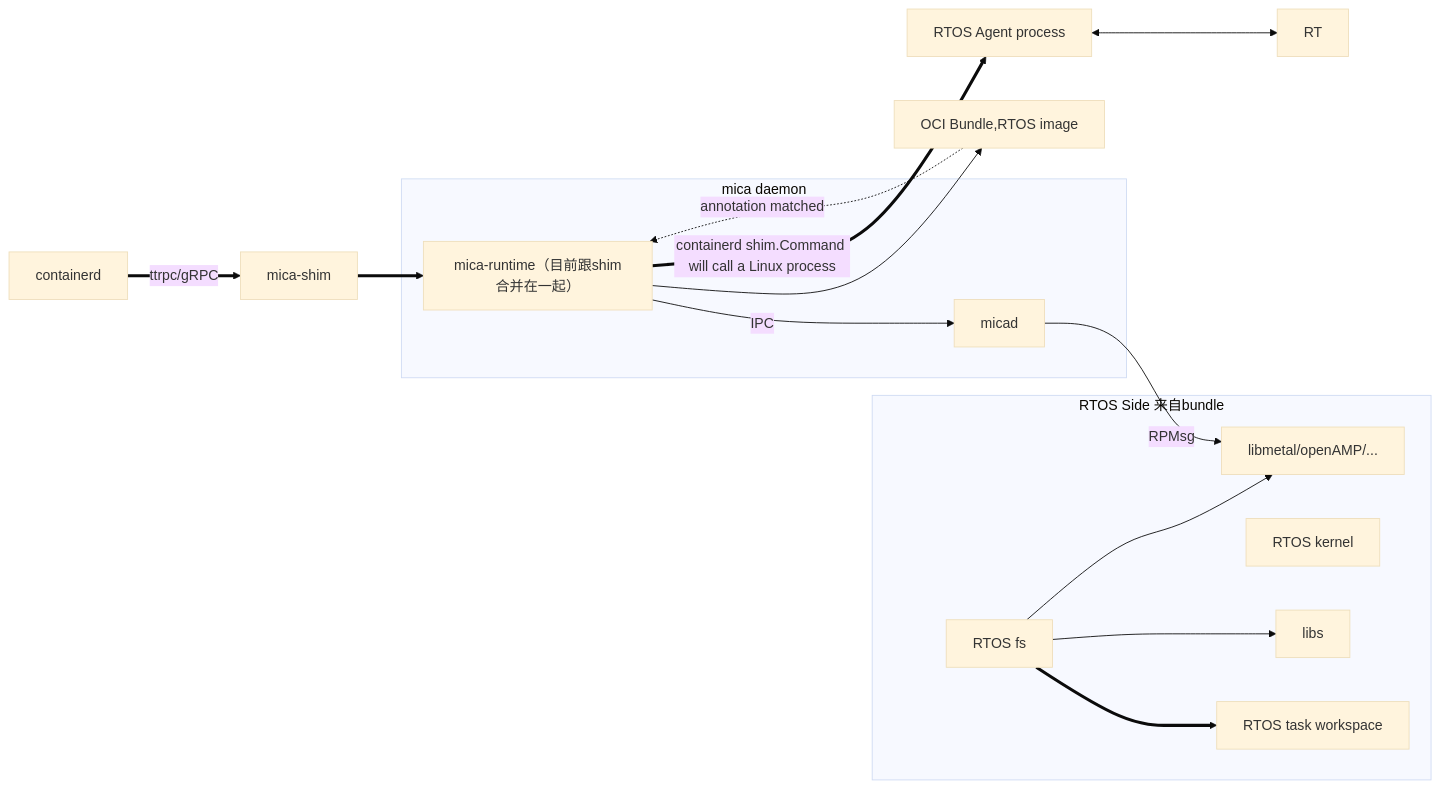
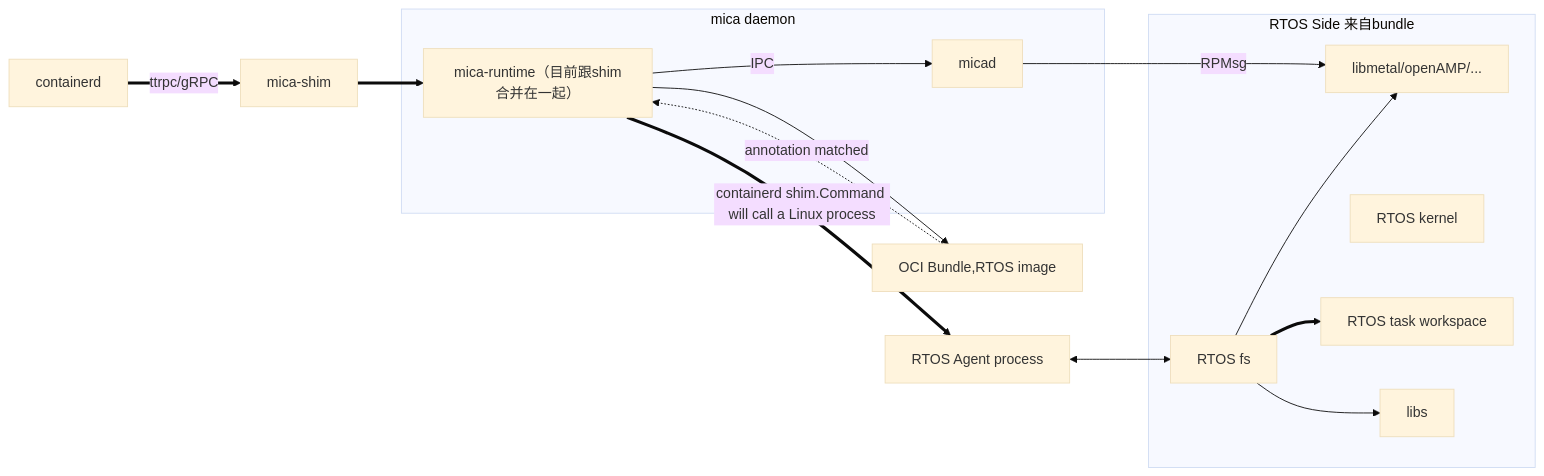
Before and after one commit to Egg12138/iodraw-files: the diagram in all/未命名.md, drawn with Mermaid (base theme).

Commit message:
2025-06-23 09:26:43 update

````diff
--- a/all/未命名.md
+++ b/all/未命名.md
@@ -1,24 +1,24 @@
 ```mermaid
 graph LR
     CD[containerd] ==>|ttrpc/gRPC| S
     S[mica-shim] ==> MR
     MR[mica-runtime（目前跟shim合并在一起）] -->|IPC| A[micad]
     MR -->C[OCI Bundle,RTOS image]
     MR ==>|containerd shim.Command will call a Linux process|AG[RTOS Agent process]
     A -->|RPMsg| B[RTOS Remote Core]
     C -.->|annotation matched| MR
-    AG <--> RT
+    AG <--> D
     subgraph RTOS Side 来自bundle
         K[RTOS kernel]
         B[libmetal/openAMP/...]
         D[RTOS fs] ==> E
         D --> L[libs]
         D --> B
         E[RTOS task workspace]
     end
 
     subgraph mica daemon
         A
         MR
     end
 ```
````
